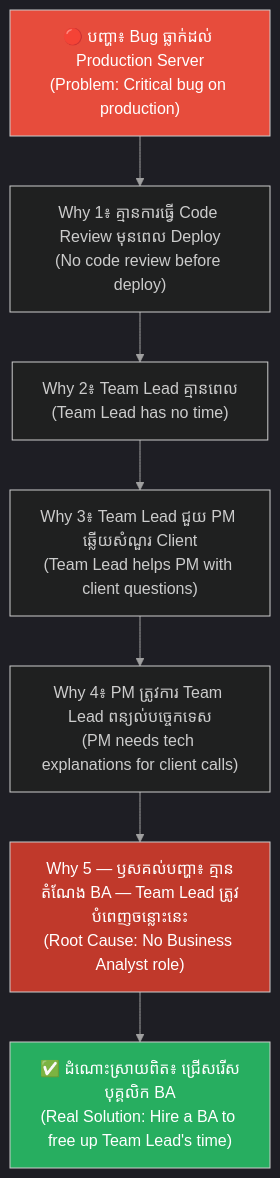
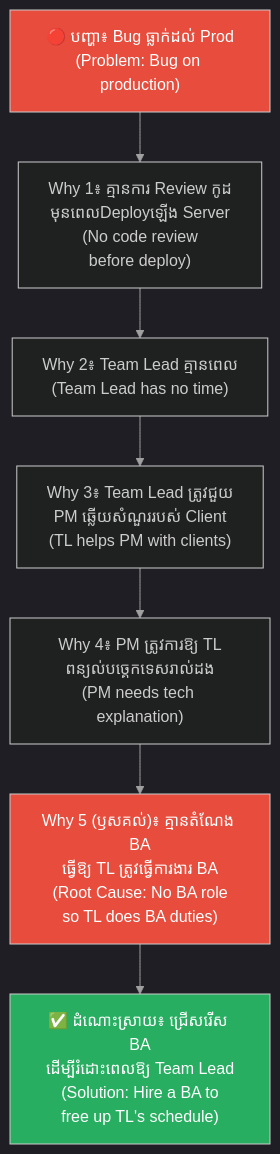
Before and after one commit to iblogger855/iblogger-feeds: the fourth of 8 diagrams in feeds/concepts/articles/02-five-whys-technique.md, drawn with Mermaid. The commit also changed other lines of this file, not shown here.

Commit message:
docs: improve 02-five-whys-technique.md content layout and diagram styling

````diff
--- a/feeds/concepts/articles/02-five-whys-technique.md
+++ b/feeds/concepts/articles/02-five-whys-technique.md
@@ -266,22 +270,22 @@
 ```mermaid
 %%{init: {
   'theme': 'dark',
   'themeVariables': {
     'background': '#1e1e1e',
     'primaryTextColor': '#ffffff',
     'lineColor': '#a0a0a0'
   },
   'themeCSS': 'svg { background-color: #1e1e1e !important; padding: 1rem !important; border-radius: 8px !important; } .edgeLabel rect { fill: #1e1e1e !important; } text, tspan { fill: #ffffff !important; }'
 }}%%
 graph TD
-    A["🔴 បញ្ហា៖ Bug ធ្លាក់ដល់ Production Server<br/>(Problem: Critical bug on production)"] --> B["Why 1៖ គ្មានការធ្វើ Code Review មុនពេល Deploy<br/>(No code review before deploy)"]
+    A["🔴 បញ្ហា៖ Bug ធ្លាក់ដល់ Prod<br/>(Problem: Bug on production)"] --> B["Why 1៖ គ្មានការ Review កូដ<br/>មុនពេលDeployឡើង Server<br/>(No code review<br/>before deploy)"]
     B --> C["Why 2៖ Team Lead គ្មានពេល<br/>(Team Lead has no time)"]
-    C --> D["Why 3៖ Team Lead ជួយ PM ឆ្លើយសំណួរ Client<br/>(Team Lead helps PM with client questions)"]
-    D --> E["Why 4៖ PM ត្រូវការ Team Lead ពន្យល់បច្ចេកទេស<br/>(PM needs tech explanations for client calls)"]
-    E --> F["Why 5 — ឫសគល់បញ្ហា៖ គ្មានតំណែង BA — Team Lead ត្រូវបំពេញចន្លោះនេះ<br/>(Root Cause: No Business Analyst role)"]
-    F --> G["✅ ដំណោះស្រាយពិត៖ ជ្រើសរើសបុគ្គលិក BA<br/>(Real Solution: Hire a BA to free up Team Lead's time)"]
+    C --> D["Why 3៖ Team Lead ត្រូវជួយ<br/>PM ឆ្លើយសំណួររបស់ Client<br/>(TL helps PM with clients)"]
+    D --> E["Why 4៖ PM ត្រូវការឱ្យ TL<br/>ពន្យល់បច្គេកទេសរាល់ដង<br/>(PM needs tech explanation)"]
+    E --> F["Why 5 (ឫសគល់)៖ គ្មានតំណែង BA<br/>ធ្វើឱ្យ TL ត្រូវធ្វើការងារ BA<br/>(Root Cause: No BA role<br/>so TL does BA duties)"]
+    F --> G["✅ ដំណោះស្រាយ៖ ជ្រើសរើស BA<br/>ដើម្បីរំដោះពេលឱ្យ Team Lead<br/>(Solution: Hire a BA to<br/>free up TL's schedule)"]
 
     style A fill:#e74c3c,color:#fff
-    style F fill:#c0392b,color:#fff
+    style F fill:#e74c3c,color:#fff
     style G fill:#27ae60,color:#fff
 ```
````
